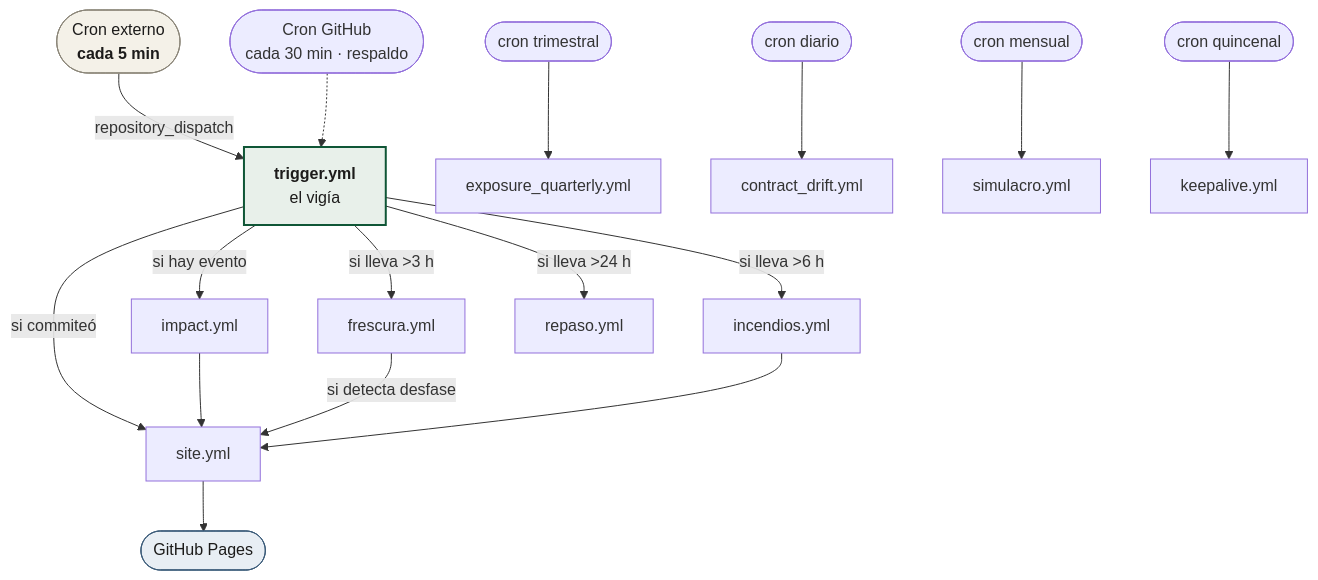
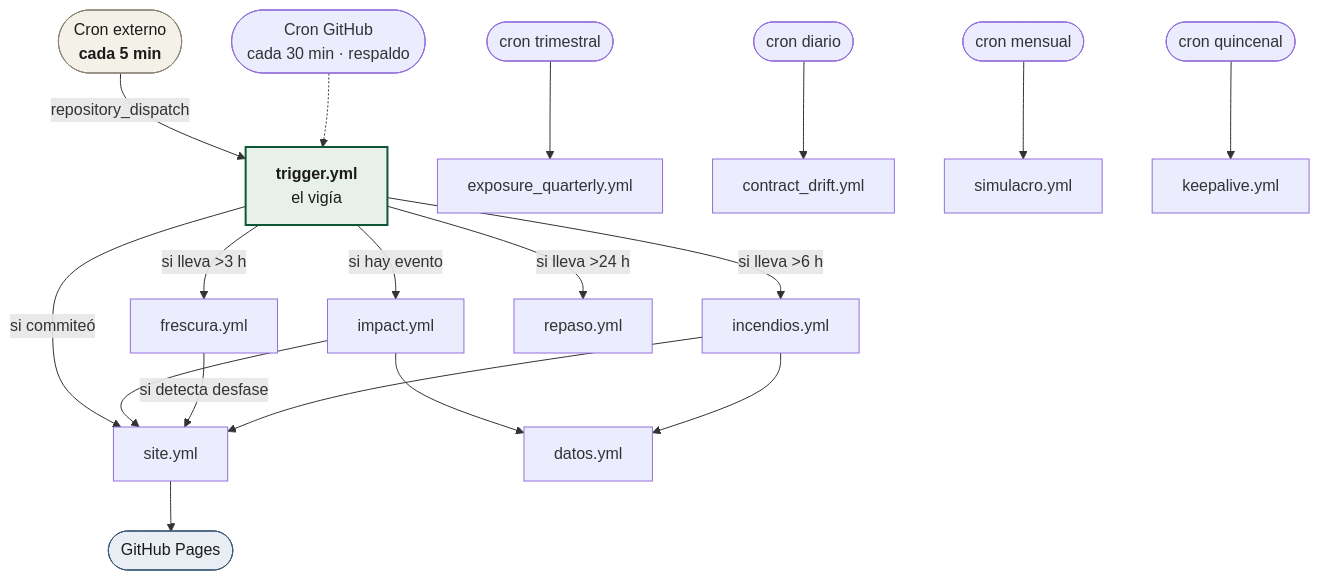
The diagram in docs/acciones/README.md (sforero77/CENTINELA), drawn with Mermaid before and after one commit. The commit also changed other lines of this file and 15 other files, not shown here.

````diff
--- a/docs/acciones/README.md
+++ b/docs/acciones/README.md
@@ -38,28 +39,30 @@
 ```mermaid
 flowchart TB
   EXT(["Cron externo<br/><b>cada 5 min</b>"]) -->|repository_dispatch| TRIG
   INT(["Cron GitHub<br/>cada 30 min · respaldo"]) -.-> TRIG
 
   TRIG["<b>trigger.yml</b><br/>el vigía"]
 
   TRIG -->|"si hay evento"| IMP["impact.yml"]
   TRIG -->|"si lleva &gt;3 h"| FRE["frescura.yml"]
   TRIG -->|"si lleva &gt;6 h"| INC["incendios.yml"]
   TRIG -->|"si lleva &gt;24 h"| REP["repaso.yml"]
   TRIG -->|"si commiteó"| SIT["site.yml"]
 
   IMP --> SIT
   FRE -->|"si detecta desfase"| SIT
   INC --> SIT
+  IMP --> DAT["datos.yml"]
+  INC --> DAT
 
   SIT --> PAGES(["GitHub Pages"])
 
   CQ(["cron trimestral"]) --> EXQ["exposure_quarterly.yml"]
   CD(["cron diario"]) --> DRIFT["contract_drift.yml"]
   CM(["cron mensual"]) --> SIM["simulacro.yml"]
   CK(["cron quincenal"]) --> KEEP["keepalive.yml"]
 
   style TRIG fill:#e8f0ea,stroke:#0f5636,stroke-width:2px,color:#1c1b1a
   style EXT fill:#f4f1e8,stroke:#8a8578,color:#1c1b1a
   style PAGES fill:#e8eef4,stroke:#3a5a78,color:#1c1b1a
 ```
````
